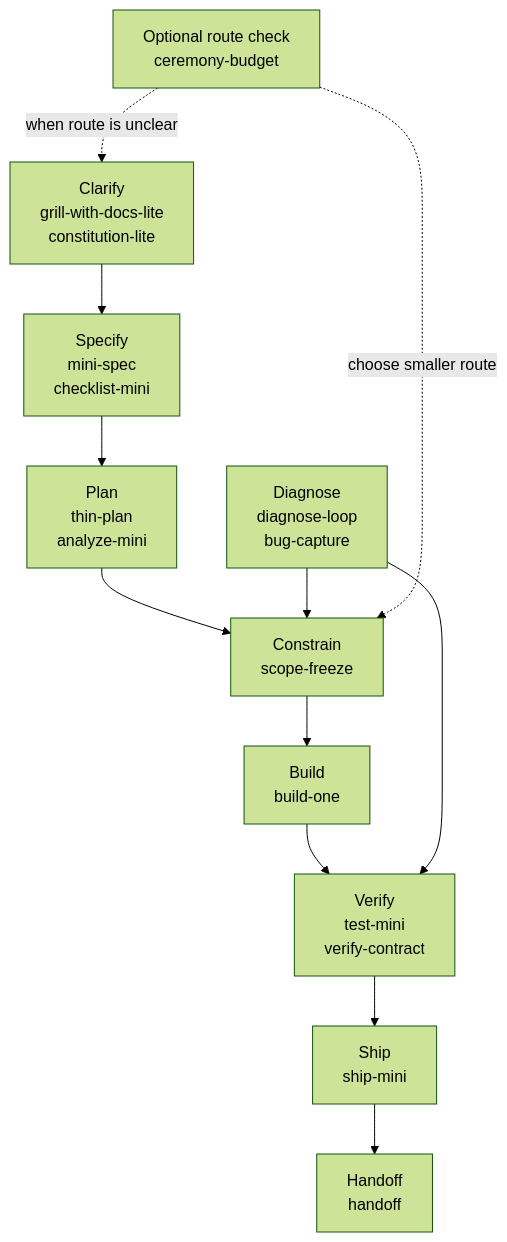
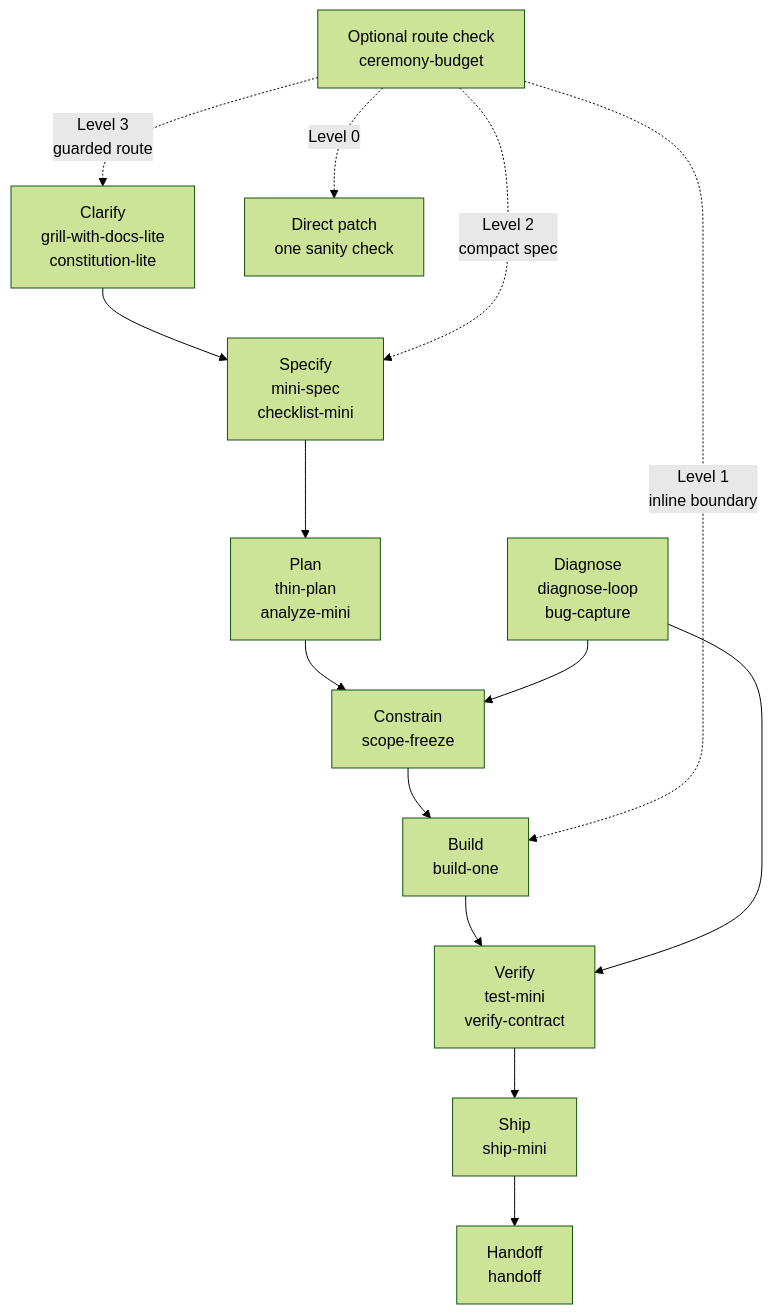
Before and after one commit to tmusser/ai-engineering-skills: the first of 2 diagrams in docs/skill-map.md, drawn with Mermaid (forest theme). The commit also changed other lines of this file and 5 other files, not shown here.

````diff
--- a/docs/skill-map.md
+++ b/docs/skill-map.md
@@ -7,14 +7,16 @@
 ```mermaid
 flowchart TD
   A["Clarify<br/>grill-with-docs-lite<br/>constitution-lite"] --> B["Specify<br/>mini-spec<br/>checklist-mini"]
   B --> C["Plan<br/>thin-plan<br/>analyze-mini"]
   C --> D["Constrain<br/>scope-freeze"]
   D --> E["Build<br/>build-one"]
   E --> F["Verify<br/>test-mini<br/>verify-contract"]
   F --> G["Ship<br/>ship-mini"]
   G --> H["Handoff<br/>handoff"]
   I["Diagnose<br/>diagnose-loop<br/>bug-capture"] --> D
   I --> F
-  J["Optional route check<br/>ceremony-budget"] -. "when route is unclear" .-> A
-  J -. "choose smaller route" .-> D
+  J["Optional route check<br/>ceremony-budget"] -. "Level 0" .-> P["Direct patch<br/>one sanity check"]
+  J -. "Level 1<br/>inline boundary" .-> E
+  J -. "Level 2<br/>compact spec" .-> B
+  J -. "Level 3<br/>guarded route" .-> A
 ```
````
